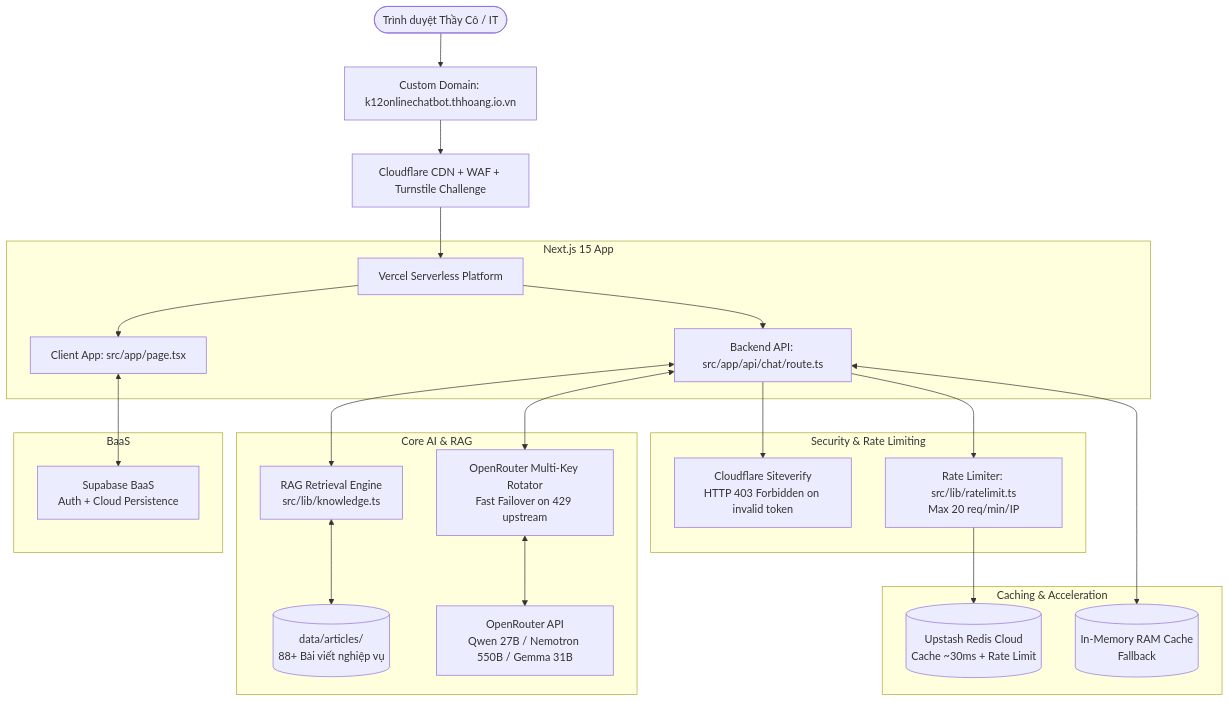
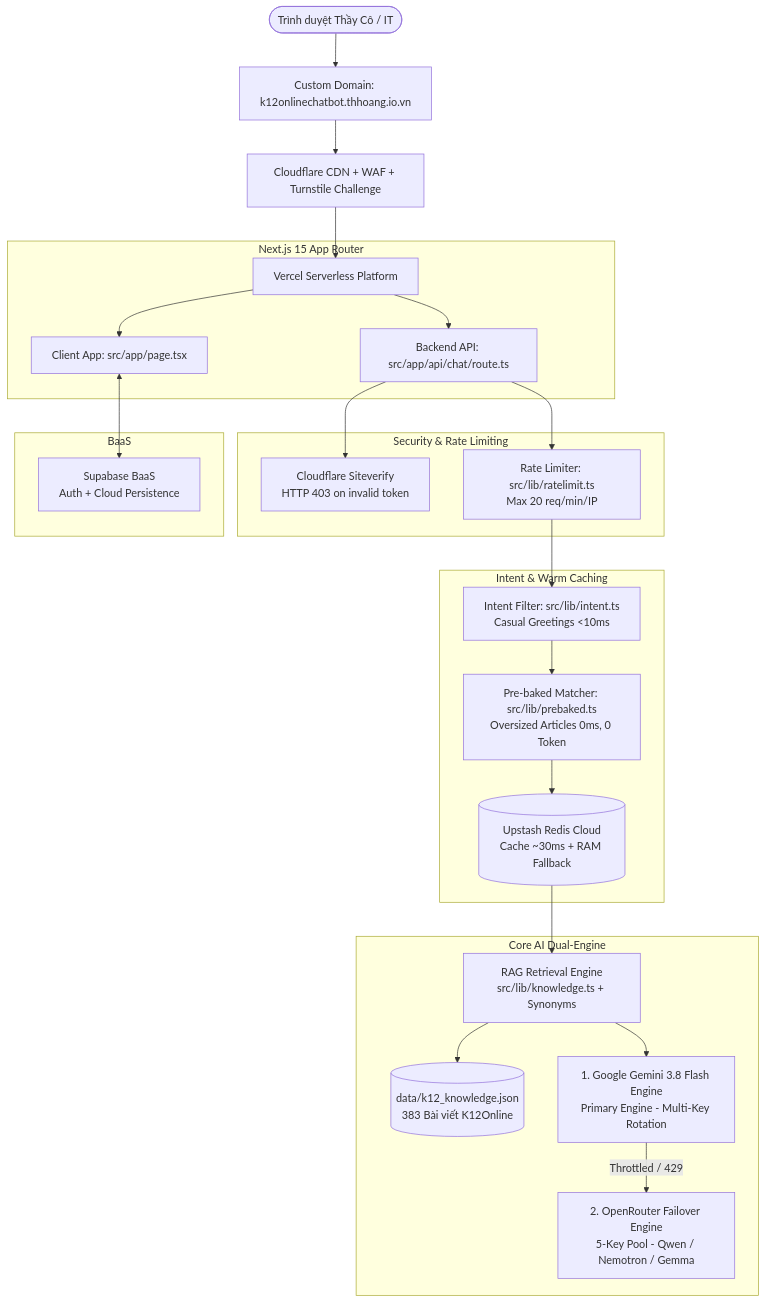
The diagram in TECHSTACK.md (thieuhoang2002/K12Online_Chatbot), drawn with Mermaid before and after one commit. The commit also changed other lines of this file and 7 other files, not shown here.

Commit message:
docs: update all markdown documentation files to reflect dual-engine AI, 383 articles, and pre-baked caching

````diff
--- a/TECHSTACK.md
+++ b/TECHSTACK.md
@@ -5,32 +5,34 @@
 ```mermaid
 flowchart TD
     Client([Trình duyệt Thầy Cô / IT]) --> Domain[Custom Domain: k12onlinechatbot.thhoang.io.vn]
     Domain --> CF[Cloudflare CDN + WAF + Turnstile Challenge]
     CF --> Vercel[Vercel Serverless Platform]
     
-    subgraph Next.js 15 App
+    subgraph Next.js 15 App Router
         Vercel --> Page[Client App: src/app/page.tsx]
         Vercel --> APIRoute[Backend API: src/app/api/chat/route.ts]
     end
 
     subgraph Security & Rate Limiting
-        APIRoute --> TurnstileVerify[Cloudflare Siteverify\nHTTP 403 Forbidden on invalid token]
+        APIRoute --> TurnstileVerify[Cloudflare Siteverify\nHTTP 403 on invalid token]
         APIRoute --> RateLimiter[Rate Limiter: src/lib/ratelimit.ts\nMax 20 req/min/IP]
     end
 
-    subgraph Caching & Acceleration
-        RateLimiter --> Redis[(Upstash Redis Cloud\nCache ~30ms + Rate Limit)]
-        APIRoute <--> LocalRAM[(In-Memory RAM Cache\nFallback)]
+    subgraph Intent & Warm Caching
+        RateLimiter --> IntentFilter[Intent Filter: src/lib/intent.ts\nCasual Greetings <10ms]
+        IntentFilter --> PrebakedMatcher[Pre-baked Matcher: src/lib/prebaked.ts\nOversized Articles 0ms, 0 Token]
+        PrebakedMatcher --> RedisCache[(Upstash Redis Cloud\nCache ~30ms + RAM Fallback)]
     end
 
-    subgraph Core AI & RAG
-        APIRoute <--> RAG[RAG Retrieval Engine\nsrc/lib/knowledge.ts]
-        RAG <--> Articles[(data/articles/\n88+ Bài viết nghiệp vụ)]
-        APIRoute <--> Rotator[OpenRouter Multi-Key Rotator\nFast Failover on 429 upstream]
-        Rotator <--> LLM[OpenRouter API\nQwen 27B / Nemotron 550B / Gemma 31B]
+    subgraph Core AI Dual-Engine
+        RedisCache --> RAG[RAG Retrieval Engine\nsrc/lib/knowledge.ts + Synonyms]
+        RAG --> ArticlesDB[(data/k12_knowledge.json\n383 Bài viết K12Online)]
+        
+        RAG --> GeminiEngine[1. Google Gemini 3.8 Flash Engine\nPrimary Engine - Multi-Key Rotation]
+        GeminiEngine -->|Throttled / 429| OpenRouterEngine[2. OpenRouter Failover Engine\n5-Key Pool - Qwen / Nemotron / Gemma]
     end
 
     subgraph BaaS
         Page <--> Supabase[Supabase BaaS\nAuth + Cloud Persistence]
     end
 ```
````
